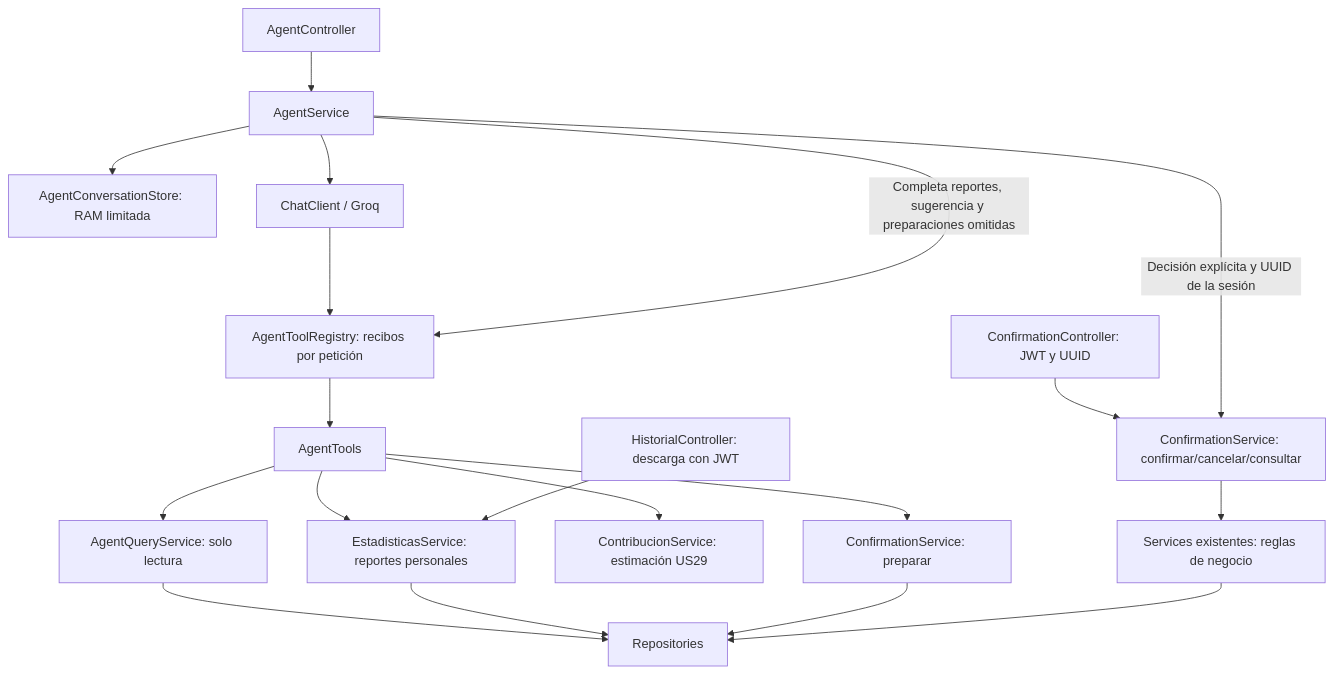
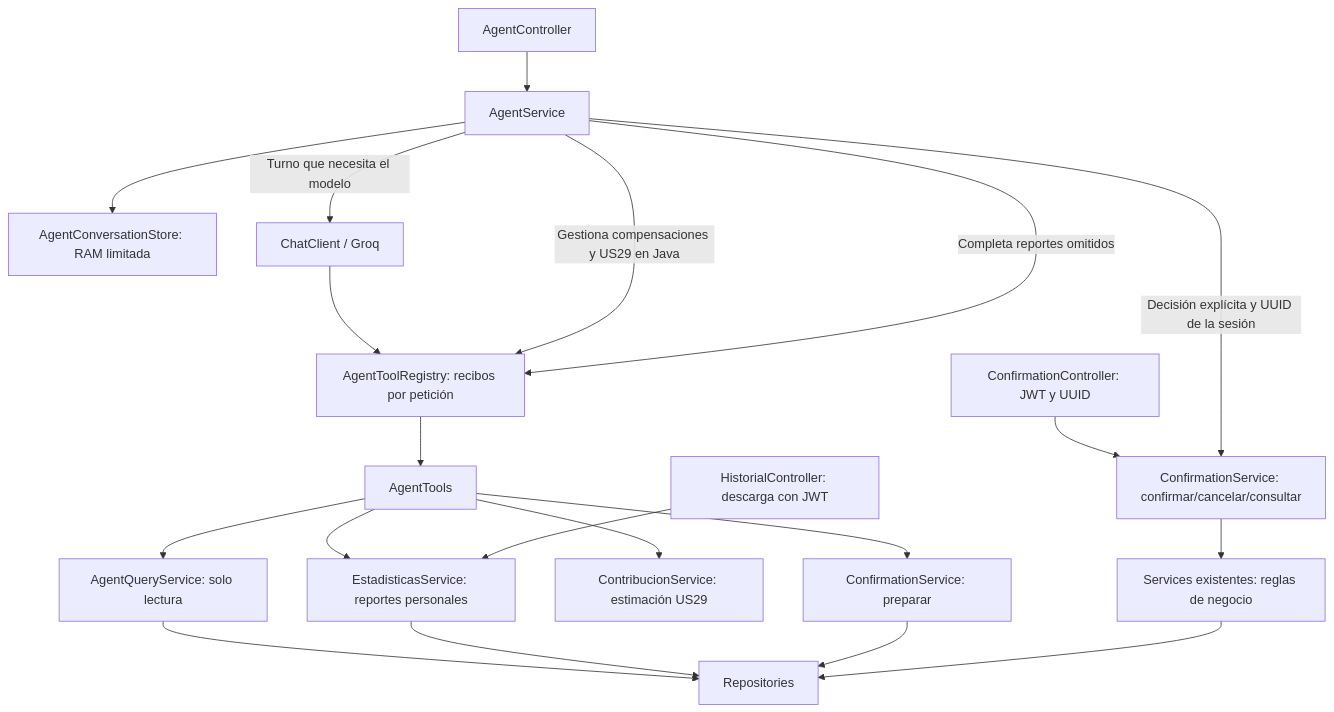
Before and after one commit to pollitoconpapass/uniride-spring-backend: the diagram in docs/agente_flujo.md, drawn with Mermaid. The commit also changed other lines of this file and 14 other files, not shown here.

````diff
--- a/docs/agente_flujo.md
+++ b/docs/agente_flujo.md
@@ -11,21 +11,22 @@
 ```mermaid
 flowchart TD
     C[AgentController] --> S[AgentService]
     S --> M[AgentConversationStore: RAM limitada]
-    S --> CC[ChatClient / Groq]
+    S -->|Turno que necesita el modelo| CC[ChatClient / Groq]
     CC --> R[AgentToolRegistry: recibos por petición]
-    S -->|Completa reportes, sugerencia y preparaciones omitidas| R
+    S -->|Gestiona compensaciones y US29 en Java| R
+    S -->|Completa reportes omitidos| R
     R --> T[AgentTools]
     T --> Q[AgentQueryService: solo lectura]
     T --> A[EstadisticasService: reportes personales]
     T --> O[ContribucionService: estimación US29]
     T --> P[ConfirmationService: preparar]
     D[HistorialController: descarga con JWT] --> A
     H[ConfirmationController: JWT y UUID] --> E[ConfirmationService: confirmar/cancelar/consultar]
     S -->|Decisión explícita y UUID de la sesión| E
     E --> B[Services existentes: reglas de negocio]
     Q --> DB[Repositories]
     A --> DB
     P --> DB
     B --> DB
 ```
````
